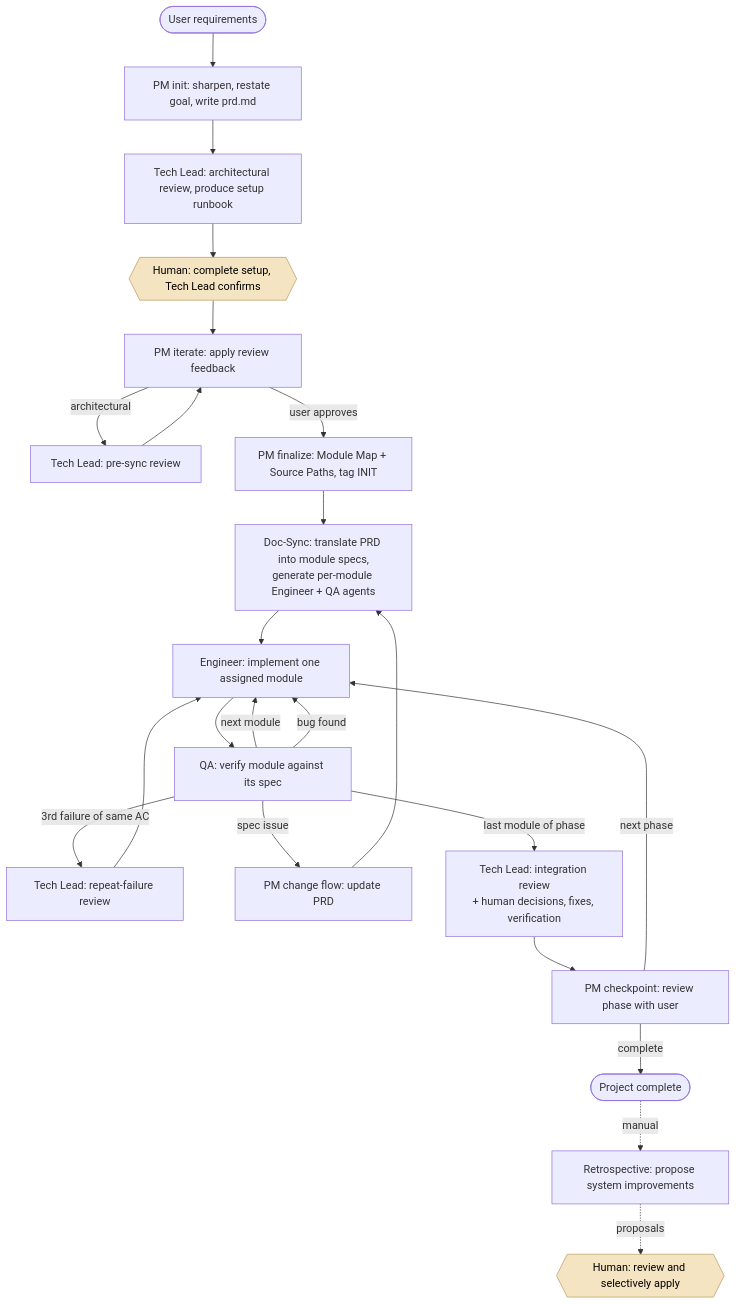
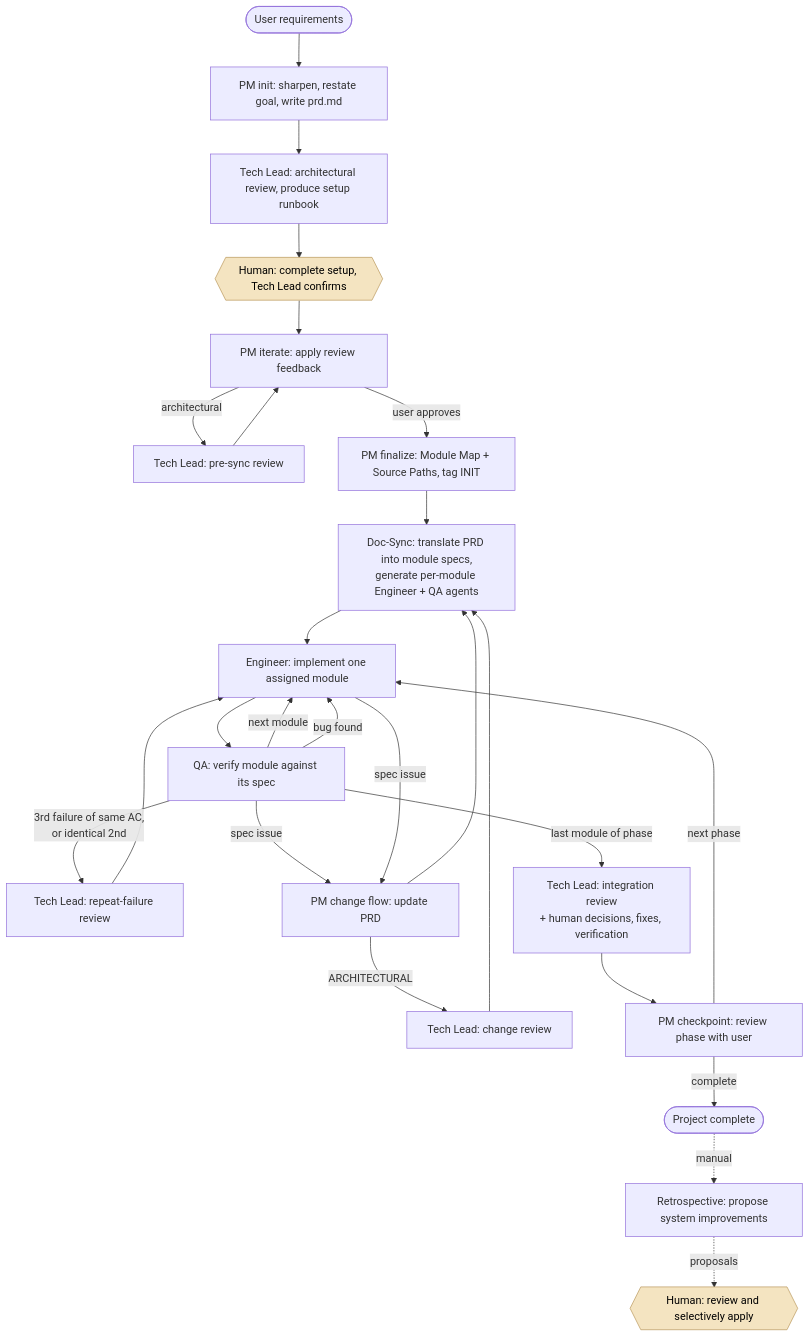
The diagram in README.md (LeonWu813/multi-agent-software-development-system), drawn with Mermaid before and after one commit. The commit also changed other lines of this file and 14 other files, not shown here.

````diff
--- a/README.md
+++ b/README.md
@@ -29,28 +31,31 @@
 ```mermaid
 flowchart TD
     U([User requirements]) --> PM1[PM init: sharpen, restate goal, write prd.md]
     PM1 --> TL[Tech Lead: architectural review, produce setup runbook]
     TL --> H1{{Human: complete setup, Tech Lead confirms}}
     H1 --> PMI[PM iterate: apply review feedback]
     PMI -->|architectural| TL2[Tech Lead: pre-sync review]
     TL2 --> PMI
     PMI -->|user approves| PM2[PM finalize: Module Map + Source Paths, tag INIT]
     PM2 --> DS[Doc-Sync: translate PRD into module specs,<br/>generate per-module Engineer + QA agents]
     DS --> ENG[Engineer: implement one assigned module]
     ENG --> QA[QA: verify module against its spec]
     QA -->|next module| ENG
     QA -->|bug found| ENG
-    QA -->|3rd failure of same AC| TLR[Tech Lead: repeat-failure review]
+    QA -->|3rd failure of same AC,<br/>or identical 2nd| TLR[Tech Lead: repeat-failure review]
     TLR --> ENG
     QA -->|spec issue| PM3[PM change flow: update PRD]
+    ENG -->|spec issue| PM3
+    PM3 -->|ARCHITECTURAL| TLC[Tech Lead: change review]
+    TLC --> DS
     PM3 --> DS
     QA -->|last module of phase| IR[Tech Lead: integration review<br/>+ human decisions, fixes, verification]
     IR --> CP[PM checkpoint: review phase with user]
     CP -->|next phase| ENG
     CP -->|complete| DONE([Project complete])
     DONE -.manual.-> RETRO[Retrospective: propose system improvements]
     RETRO -.proposals.-> H2{{Human: review and selectively apply}}
 
     classDef human fill:#f4e4c1,stroke:#b8975a,color:#000;
     class H1,H2 human;
 ```
````
